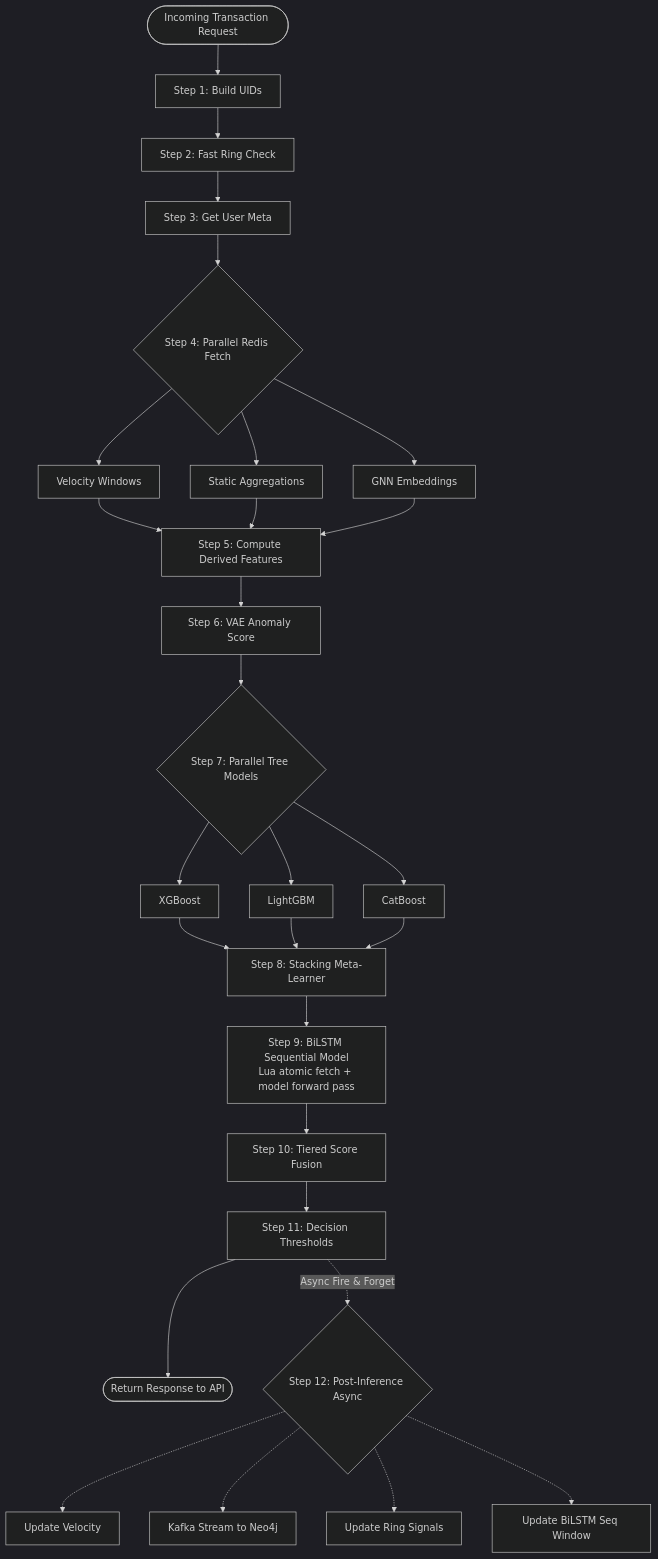
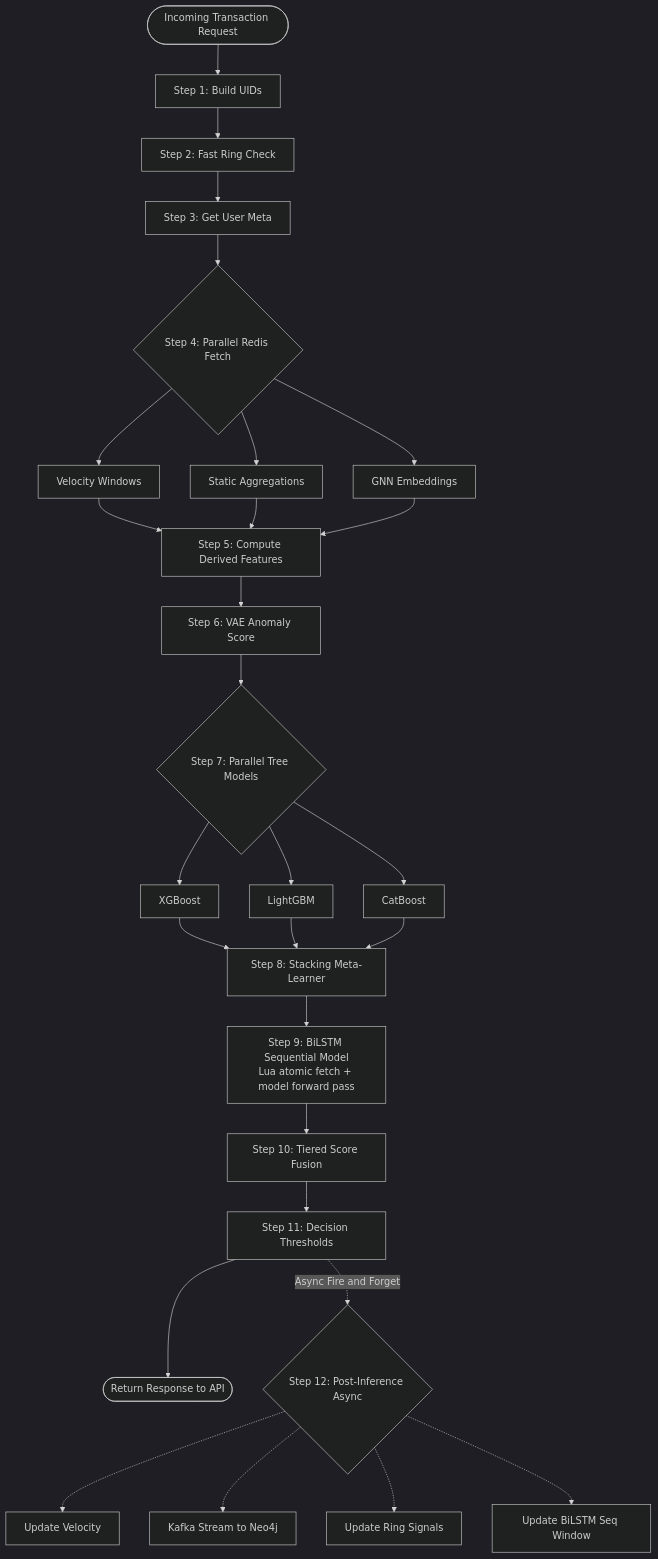
One commit to NityaPatel05/FRAUD_DETECTION changed the second of 2 diagrams in README.md. Above: the diagram before and after it, drawn with Mermaid (dark theme). The commit also changed other lines of this file, not shown here.

Commit message:
solve minor architecture code bug

````diff
--- a/README.md
+++ b/README.md
@@ -467,38 +467,38 @@
 ```mermaid
 flowchart TD
-    Req([Incoming Transaction Request]) --> S1[Step 1: Build UIDs]
-    S1 --> S2[Step 2: Fast Ring Check]
-    S2 --> S3[Step 3: Get User Meta]
-    S3 --> S4{Step 4: Parallel Redis Fetch}
+    Req(["Incoming Transaction Request"]) --> S1["Step 1: Build UIDs"]
+    S1 --> S2["Step 2: Fast Ring Check"]
+    S2 --> S3["Step 3: Get User Meta"]
+    S3 --> S4{"Step 4: Parallel Redis Fetch"}
     
-    S4 --> R1[Velocity Windows]
-    S4 --> R2[Static Aggregations]
-    S4 --> R3[GNN Embeddings]
+    S4 --> R1["Velocity Windows"]
+    S4 --> R2["Static Aggregations"]
+    S4 --> R3["GNN Embeddings"]
     
-    R1 --> S5[Step 5: Compute Derived Features]
+    R1 --> S5["Step 5: Compute Derived Features"]
     R2 --> S5
     R3 --> S5
     
-    S5 --> S6[Step 6: VAE Anomaly Score]
-    S6 --> S7{Step 7: Parallel Tree Models}
+    S5 --> S6["Step 6: VAE Anomaly Score"]
+    S6 --> S7{"Step 7: Parallel Tree Models"}
     
-    S7 --> T1[XGBoost]
-    S7 --> T2[LightGBM]
-    S7 --> T3[CatBoost]
+    S7 --> T1["XGBoost"]
+    S7 --> T2["LightGBM"]
+    S7 --> T3["CatBoost"]
     
-    T1 --> S8[Step 8: Stacking Meta-Learner]
+    T1 --> S8["Step 8: Stacking Meta-Learner"]
     T2 --> S8
     T3 --> S8
     
-    S8 --> S9[Step 9: BiLSTM Sequential Model<br>Lua atomic fetch + model forward pass]
-    S9 --> S10[Step 10: Tiered Score Fusion]
-    S10 --> S11[Step 11: Decision Thresholds]
+    S8 --> S9["Step 9: BiLSTM Sequential Model<br/>Lua atomic fetch + model forward pass"]
+    S9 --> S10["Step 10: Tiered Score Fusion"]
+    S10 --> S11["Step 11: Decision Thresholds"]
     
-    S11 --> Resp([Return Response to API])
+    S11 --> Resp(["Return Response to API"])
     
-    S11 -.->|Async Fire & Forget| S12{Step 12: Post-Inference Async}
-    S12 -.-> A1[Update Velocity]
-    S12 -.-> A2[Kafka Stream to Neo4j]
-    S12 -.-> A3[Update Ring Signals]
-    S12 -.-> A4[Update BiLSTM Seq Window]
+    S11 -.->|"Async Fire and Forget"| S12{"Step 12: Post-Inference Async"}
+    S12 -.-> A1["Update Velocity"]
+    S12 -.-> A2["Kafka Stream to Neo4j"]
+    S12 -.-> A3["Update Ring Signals"]
+    S12 -.-> A4["Update BiLSTM Seq Window"]
 ```
````
